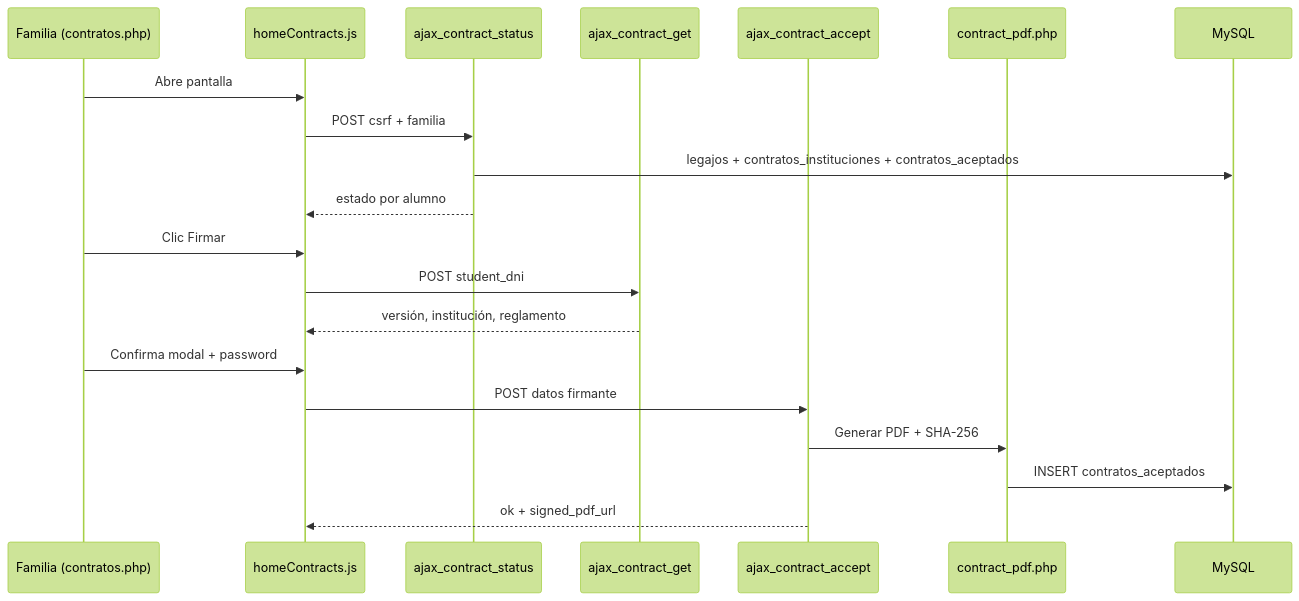
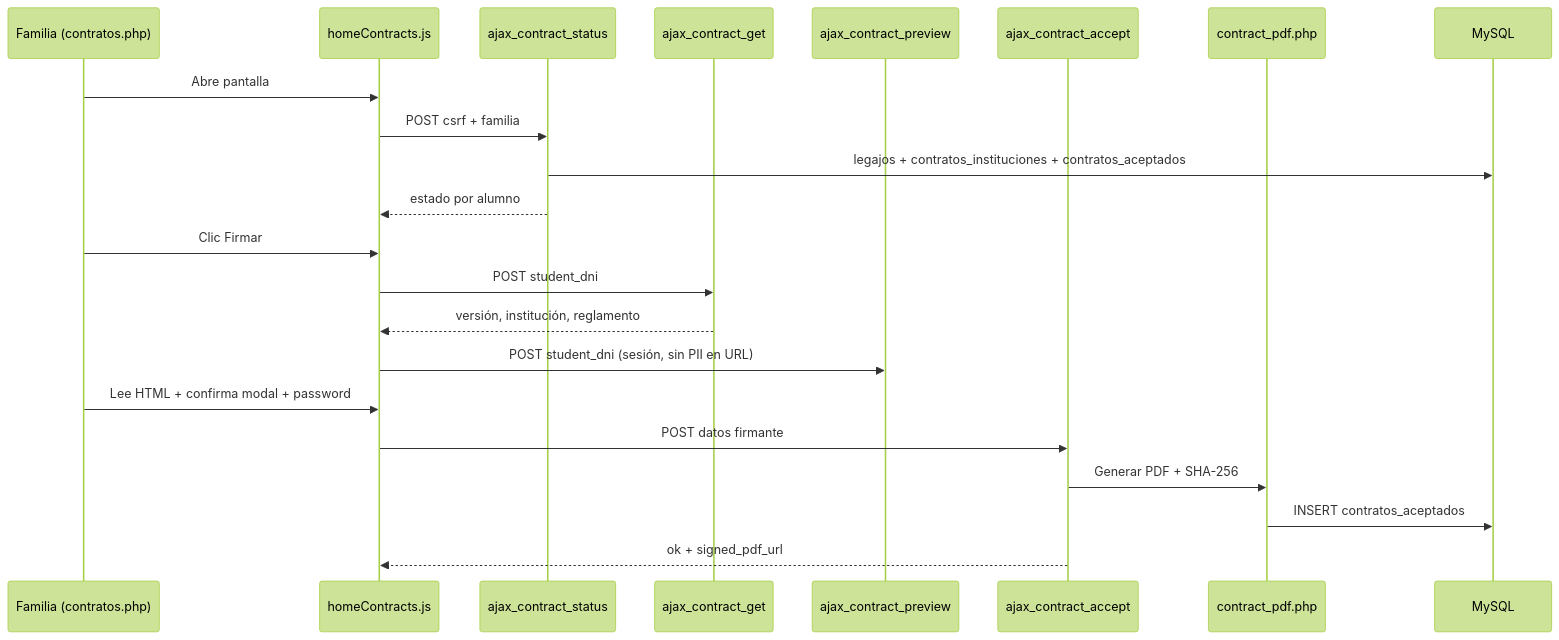
One commit to Altair1563/Complejo-Natta-APP-PRUEBAS- changed the diagram in natta-app/docs/frontend-backend-mapa.md. Above: the diagram before and after it, drawn with Mermaid (forest theme). The commit also changed other lines of this file and 2 other files, not shown here.

````diff
--- a/natta-app/docs/frontend-backend-mapa.md
+++ b/natta-app/docs/frontend-backend-mapa.md
@@ -181,23 +306,25 @@
 ```mermaid
 sequenceDiagram
     participant F as Familia (contratos.php)
     participant JS as homeContracts.js
     participant ST as ajax_contract_status
     participant GT as ajax_contract_get
+    participant PV as ajax_contract_preview
     participant AC as ajax_contract_accept
     participant PDF as contract_pdf.php
     participant DB as MySQL
 
     F->>JS: Abre pantalla
     JS->>ST: POST csrf + familia
     ST->>DB: legajos + contratos_instituciones + contratos_aceptados
     ST-->>JS: estado por alumno
     F->>JS: Clic Firmar
     JS->>GT: POST student_dni
     GT-->>JS: versión, institución, reglamento
-    F->>JS: Confirma modal + password
+    JS->>PV: POST student_dni (sesión, sin PII en URL)
+    F->>JS: Lee HTML + confirma modal + password
     JS->>AC: POST datos firmante
     AC->>PDF: Generar PDF + SHA-256
     PDF->>DB: INSERT contratos_aceptados
     AC-->>JS: ok + signed_pdf_url
 ```
````
